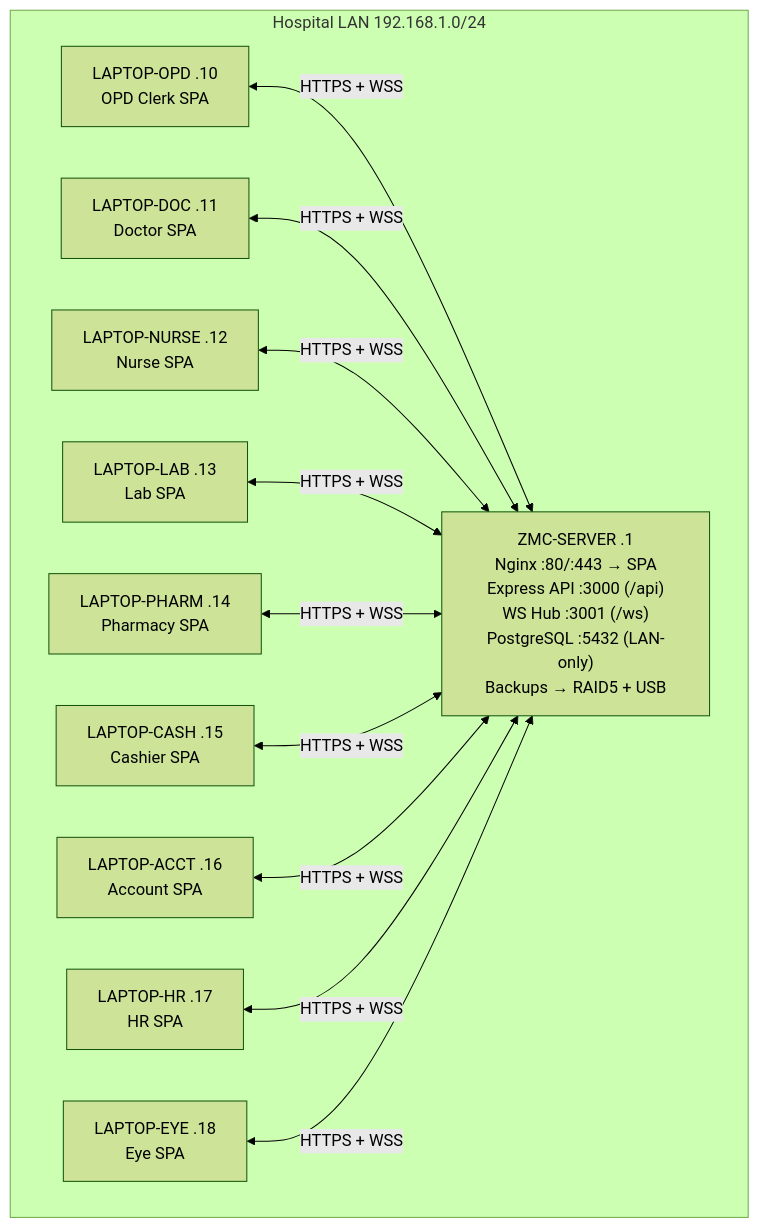
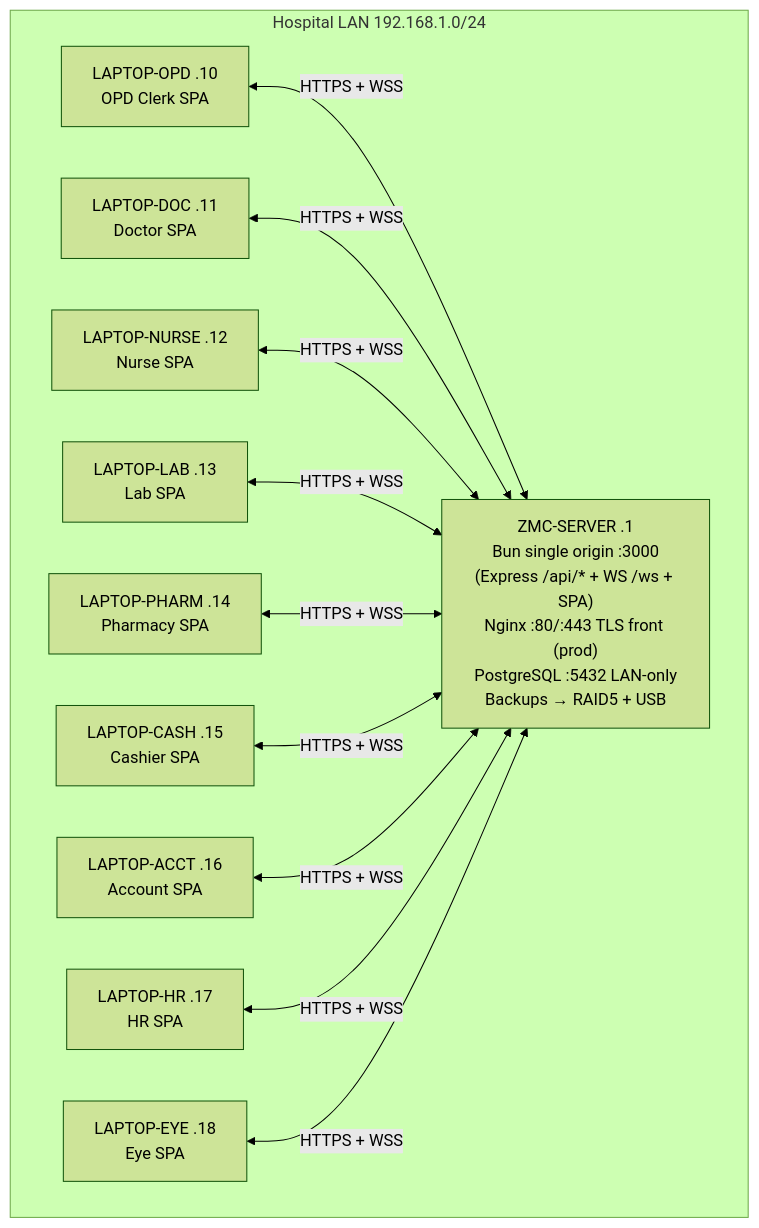
One commit to Zikobyte/zikobyteHMRsystem changed the first of 10 diagrams in docs/SYSTEM_DESIGN_GUIDE.md. Above: the diagram before and after it, drawn with Mermaid (forest theme). The commit also changed other lines of this file, not shown here.

````diff
--- a/docs/SYSTEM_DESIGN_GUIDE.md
+++ b/docs/SYSTEM_DESIGN_GUIDE.md
@@ -56,24 +59,24 @@
 ```mermaid
 flowchart TB
   subgraph LAN["Hospital LAN 192.168.1.0/24"]
     OPD["LAPTOP-OPD .10<br/>OPD Clerk SPA"]
     DOC["LAPTOP-DOC .11<br/>Doctor SPA"]
     NUR["LAPTOP-NURSE .12<br/>Nurse SPA"]
     LAB["LAPTOP-LAB .13<br/>Lab SPA"]
     PHA["LAPTOP-PHARM .14<br/>Pharmacy SPA"]
     CAS["LAPTOP-CASH .15<br/>Cashier SPA"]
     ACC["LAPTOP-ACCT .16<br/>Account SPA"]
     HR["LAPTOP-HR .17<br/>HR SPA"]
     EYE["LAPTOP-EYE .18<br/>Eye SPA"]
-    SRV["ZMC-SERVER .1<br/>Nginx :80/:443 → SPA<br/>Express API :3000 (/api)<br/>WS Hub :3001 (/ws)<br/>PostgreSQL :5432 (LAN-only)<br/>Backups → RAID5 + USB"]
+    SRV["ZMC-SERVER .1<br/>Bun single origin :3000<br/>(Express /api/* + WS /ws + SPA)<br/>Nginx :80/:443 TLS front (prod)<br/>PostgreSQL :5432 LAN-only<br/>Backups → RAID5 + USB"]
   end
   OPD <-->|HTTPS + WSS| SRV
   DOC <-->|HTTPS + WSS| SRV
   NUR <-->|HTTPS + WSS| SRV
   LAB <-->|HTTPS + WSS| SRV
   PHA <-->|HTTPS + WSS| SRV
   CAS <-->|HTTPS + WSS| SRV
   ACC <-->|HTTPS + WSS| SRV
   HR <-->|HTTPS + WSS| SRV
   EYE <-->|HTTPS + WSS| SRV
 ```
````
